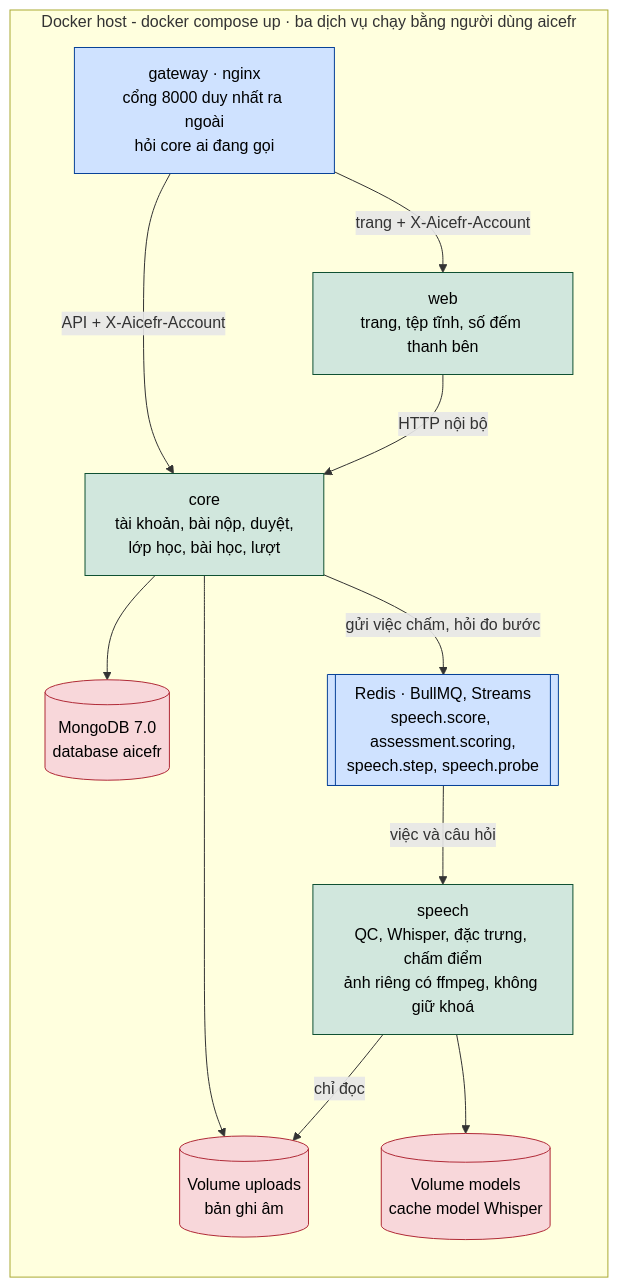
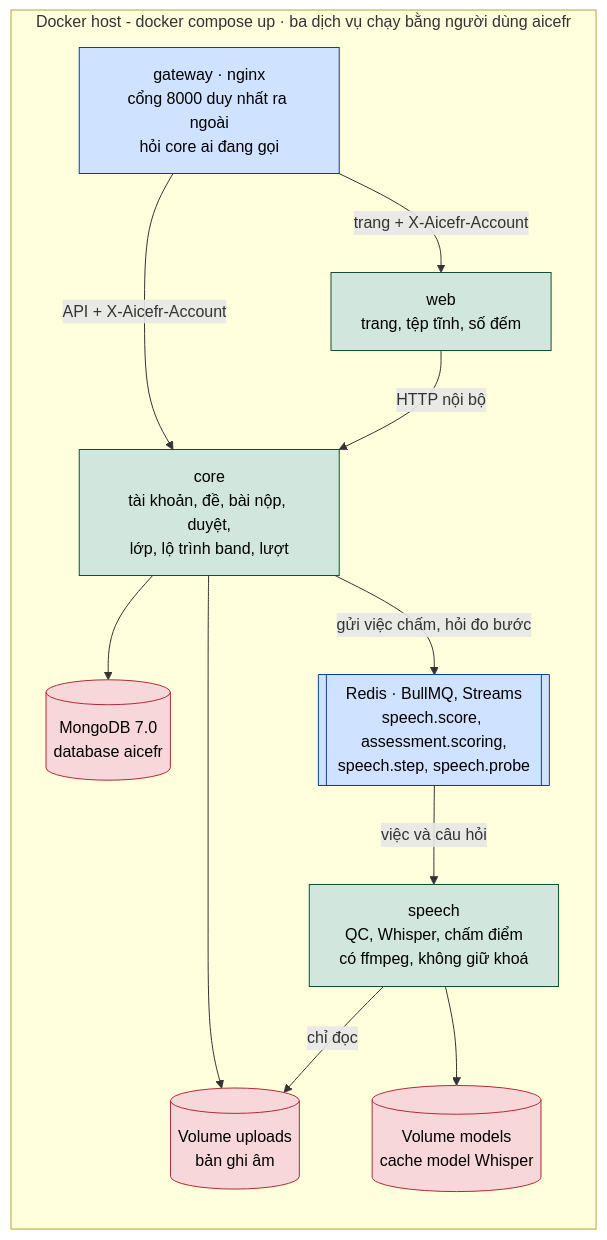
The ninth of 11 diagrams in docs/sdd/SDD.md (ThanhSangLouis/ai-assessor-cefr), drawn with Mermaid before and after one commit. The commit also changed other lines of this file and 69 other files, not shown here.

First line of the commit message:
D078: giá lượt trên dashboard, gỡ đo đạc còn sót, demo trang chủ, dữ liệu cũ; use case mới

````diff
--- a/docs/sdd/SDD.md
+++ b/docs/sdd/SDD.md
@@ -1329,35 +1341,35 @@
 ```mermaid
 %% SDD - Diagram 06: Deployment diagram - sau D044, D048, D050
 %% Ve dung docker-compose.yml va Dockerfile: mot gateway nginx, ba dich vu
 %% (core, speech, web), MongoDB mot database aicefr, Redis (BullMQ), hai volume. Mot
 %% may chay tat ca (aicefr.api.main) van dung duoc cho phat trien va kiem thu.
 flowchart TB
     subgraph HOST["Docker host - docker compose up · ba dịch vụ chạy bằng người dùng aicefr"]
         direction TB
         GW["gateway · nginx<br/>cổng 8000 duy nhất ra ngoài<br/>hỏi core ai đang gọi"]
-        CO["core<br/>tài khoản, bài nộp, duyệt,<br/>lớp học, bài học, lượt"]
-        WE["web<br/>trang, tệp tĩnh, số đếm thanh bên"]
-        SP["speech<br/>QC, Whisper, đặc trưng, chấm điểm<br/>ảnh riêng có ffmpeg, không giữ khoá"]
+        CO["core<br/>tài khoản, đề, bài nộp, duyệt,<br/>lớp, lộ trình band, lượt"]
+        WE["web<br/>trang, tệp tĩnh, số đếm"]
+        SP["speech<br/>QC, Whisper, chấm điểm<br/>có ffmpeg, không giữ khoá"]
         PG[("MongoDB 7.0<br/>database aicefr")]
         MQ[["Redis · BullMQ, Streams<br/>speech.score, assessment.scoring,<br/>speech.step, speech.probe"]]
         V1[("Volume uploads<br/>bản ghi âm")]
         V2[("Volume models<br/>cache model Whisper")]
     end
 
     GW -->|"API + X-Aicefr-Account"| CO
     GW -->|"trang + X-Aicefr-Account"| WE
     WE -->|"HTTP nội bộ"| CO
     CO --> PG
     CO -->|"gửi việc chấm, hỏi đo bước"| MQ
     MQ -->|"việc và câu hỏi"| SP
     CO --> V1
     SP -->|"chỉ đọc"| V1
     SP --> V2
 
     classDef data fill:#f8d7da,stroke:#b02a37,color:#000
     classDef app fill:#d1e7dd,stroke:#0f5132,color:#000
     classDef edge fill:#cfe2ff,stroke:#084298,color:#000
     class PG,V1,V2 data
     class CO,WE,SP app
     class GW,MQ edge
 ```
````
